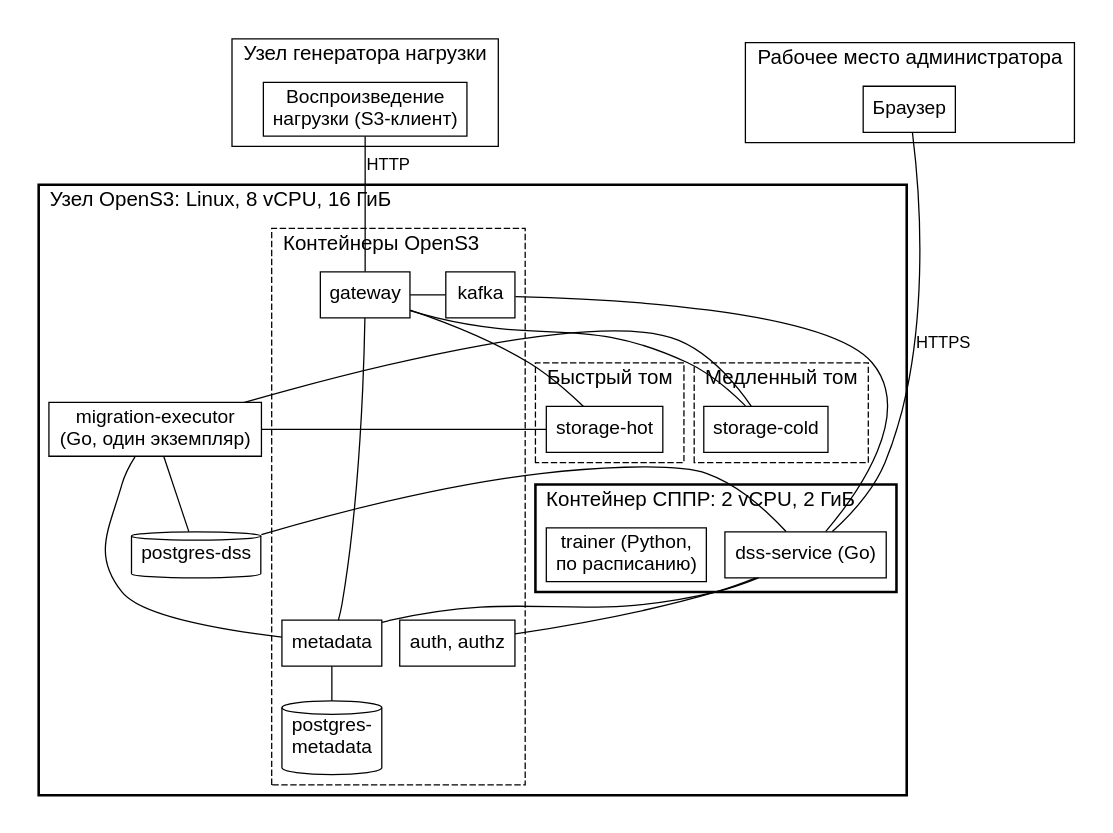
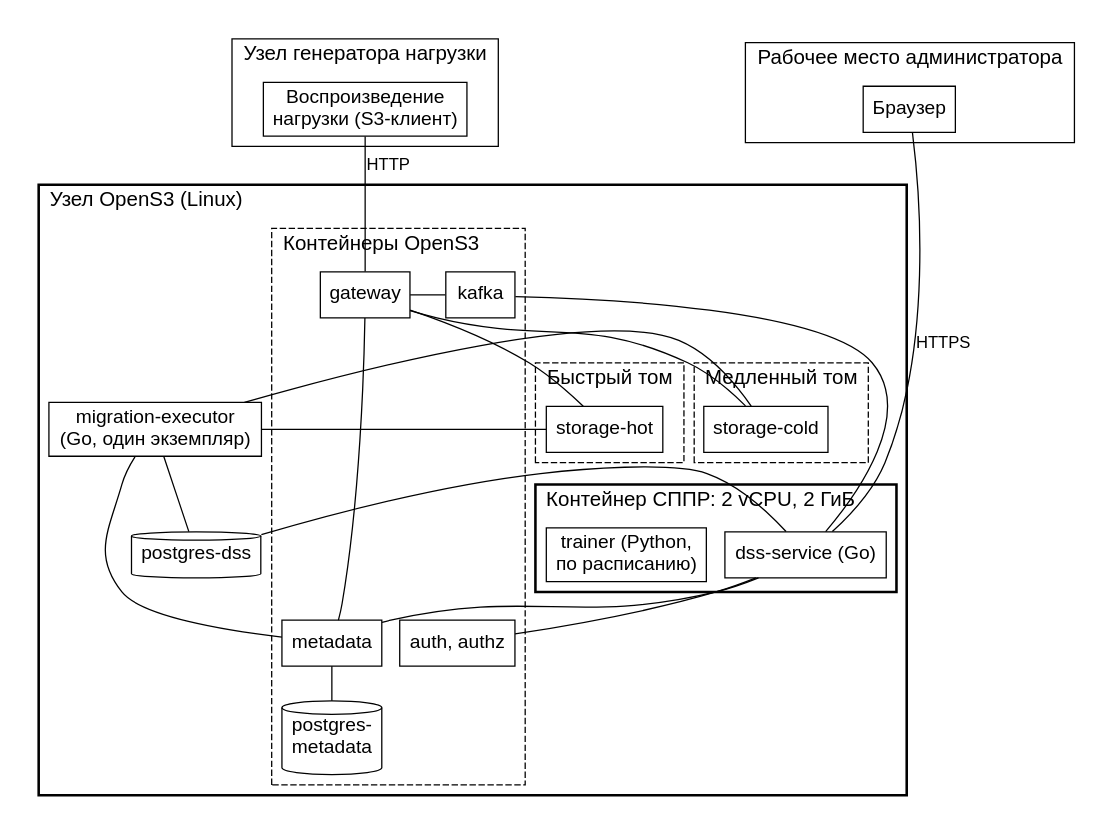
The diagram in 40 - Projects/Диплом/images/src/deployment.dot (WithSoull/obsidian), drawn with Graphviz before and after one commit. The commit also changed 67 other files, not shown here.

```diff
--- a/40 - Projects/Диплом/images/src/deployment.dot
+++ b/40 - Projects/Диплом/images/src/deployment.dot
@@ -1,32 +1,32 @@
 digraph deployment {
   graph [rankdir=TB, newrank=true, fontname="Arial", fontsize=16, nodesep=0.2, ranksep=0.35, pad=0.2];
   node  [shape=box, fontname="Arial", fontsize=15, margin="0.1,0.05"];
   edge  [fontname="Arial", fontsize=13, arrowsize=0.6, dir=none];
 
   subgraph cluster_load { label="Узел генератора нагрузки"; labeljust=l;
     loadgen [label="Воспроизведение\nнагрузки (S3-клиент)"]; }
   subgraph cluster_admin { label="Рабочее место администратора"; labeljust=l;
     browser [label="Браузер"]; }
   subgraph cluster_host {
-    label="Узел OpenS3: Linux, 8 vCPU, 16 ГиБ"; labeljust=l; style=bold;
+    label="Узел OpenS3 (Linux)"; labeljust=l; style=bold;
     subgraph cluster_core { label="Контейнеры OpenS3"; labeljust=l; style=dashed;
       gw [label="gateway"]; md [label="metadata"]; kf [label="kafka"]; au [label="auth, authz"];
       pgm [label="postgres-\nmetadata", shape=cylinder]; }
     subgraph cluster_hot { label="Быстрый том"; labeljust=l; style=dashed; sh [label="storage-hot"]; }
     subgraph cluster_cold { label="Медленный том"; labeljust=l; style=dashed; sc [label="storage-cold"]; }
     ex [label="migration-executor\n(Go, один экземпляр)"];
     subgraph cluster_dss { label="Контейнер СППР: 2 vCPU, 2 ГиБ"; labeljust=l;
       dss [label="dss-service (Go)"]; tr [label="trainer (Python,\nпо расписанию)"]; }
     pgd [label="postgres-dss", shape=cylinder];
   }
   loadgen -> gw [label="HTTP"];
   browser -> dss [label="HTTPS"];
   gw -> md; gw -> sh; gw -> sc; gw -> kf; md -> pgm;
   kf -> dss; dss -> pgd; dss -> md; dss -> au;
   ex -> pgd; ex -> md; ex -> sh; ex -> sc;
   {rank=same; loadgen; browser;}
   {rank=same; gw; kf;}
   {rank=same; md; au;}
   {rank=same; sh; sc; ex;}
   {rank=same; dss; tr; pgd;}
 }
```
